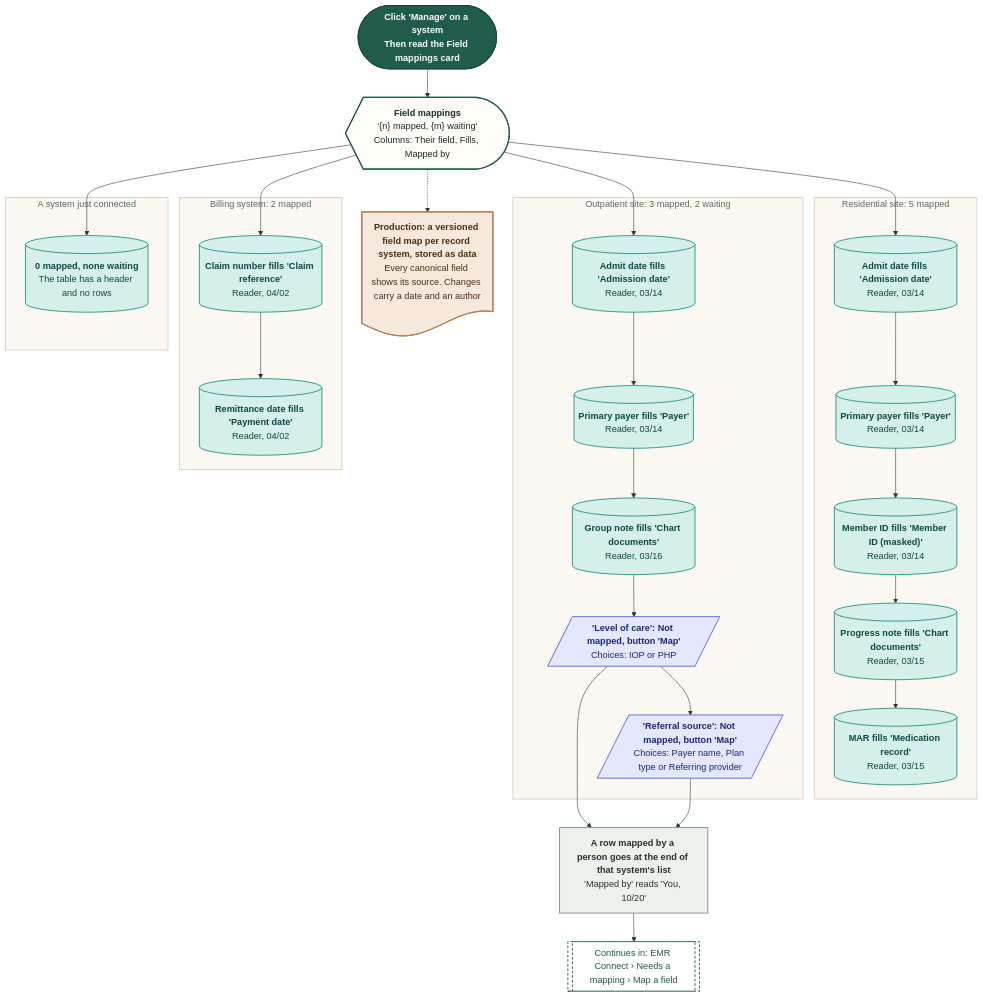
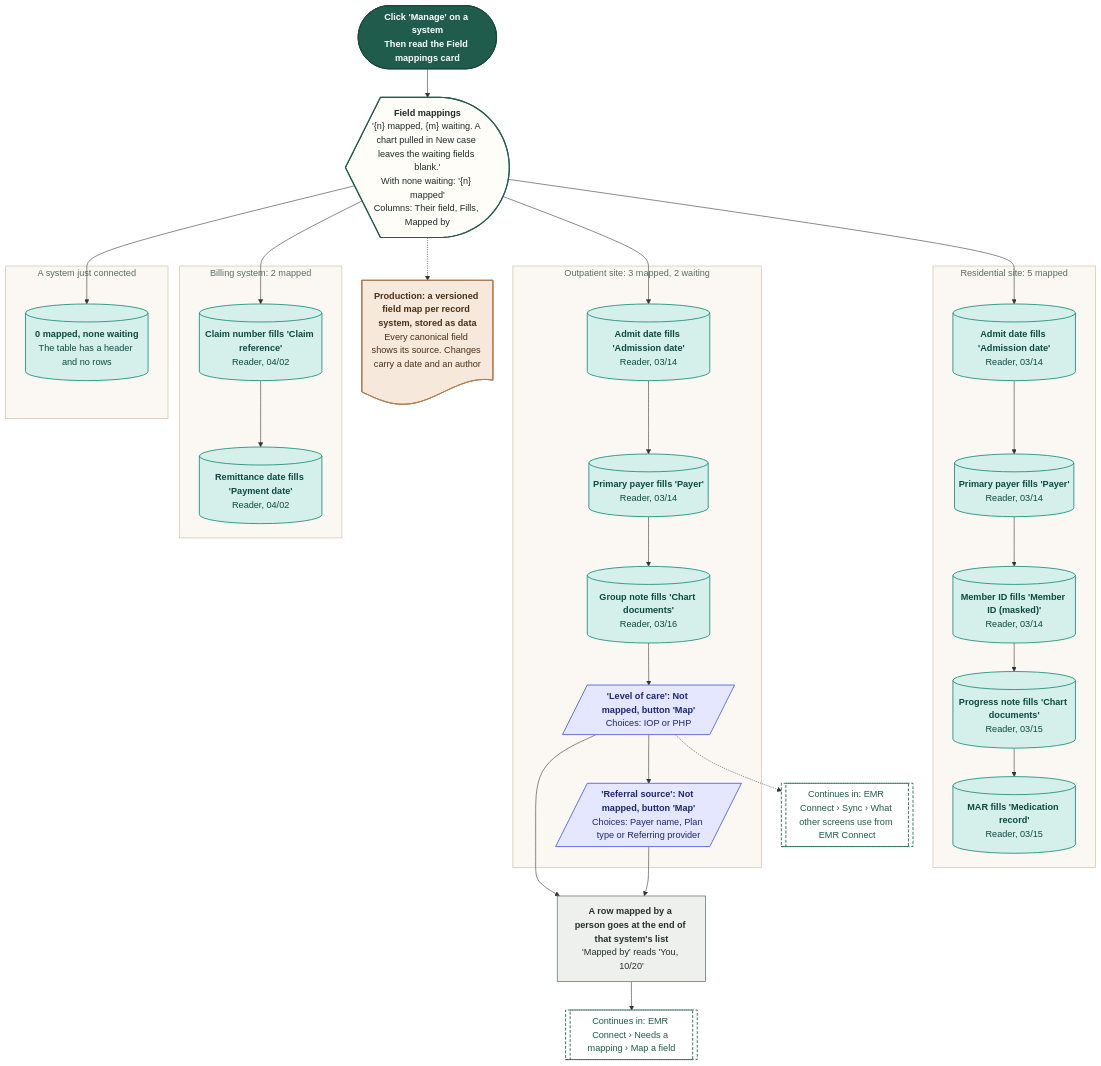
One commit to Shrav143/psyfloapp changed diagram 12 of 17 in demos/prior-auth-demo/workflows/out/md/09-emr-connect.md. Above: the diagram before and after it, drawn with Mermaid. The commit also changed other lines of this file and 195 other files, not shown here.

First line of the commit message:
docs: Rebuild workflow diagrams after the demo fixes (220 diagrams)

````diff
--- a/demos/prior-auth-demo/workflows/out/md/09-emr-connect.md
+++ b/demos/prior-auth-demo/workflows/out/md/09-emr-connect.md
@@ -812,66 +933,68 @@
 ```mermaid
 %%{init: {"theme":"base","themeVariables":{"fontFamily":"'DM Sans', 'Segoe UI', system-ui, sans-serif","fontSize":"15px","lineColor":"#5B6B63","primaryTextColor":"#1C2B25","clusterBkg":"#FBF8F3","clusterBorder":"#D9CDBB","edgeLabelBackground":"#FFFFFF"},"flowchart":{"curve":"basis","nodeSpacing":36,"rankSpacing":48,"padding":12,"htmlLabels":true,"useMaxWidth":false,"wrappingWidth":230}} }%%
 flowchart TD
   classDef k_start fill:#1F5C4B,stroke:#174638,color:#FFFFFF,stroke-width:1.5px,font-weight:600
   classDef k_end fill:#DDEFE3,stroke:#2E7D4F,color:#14502F,stroke-width:1.5px,font-weight:600
   classDef k_endx fill:#FBE3E0,stroke:#C0392B,color:#7A1F16,stroke-width:1.5px,font-weight:600
   classDef k_screen fill:#FFFDF8,stroke:#1F5C4B,color:#1C2B25,stroke-width:2px
   classDef k_overlay fill:#F1F7F3,stroke:#1F5C4B,color:#1C2B25,stroke-width:2px,stroke-dasharray:5 3
   classDef k_click fill:#DCEBFA,stroke:#2F6DB5,color:#12365F,stroke-width:1.5px
   classDef k_input fill:#E4E7FF,stroke:#4C5FD5,color:#1D2670,stroke-width:1.5px
   classDef k_process fill:#EEF0EE,stroke:#7A857F,color:#26302B,stroke-width:1.5px
   classDef k_agent fill:#EEE5FA,stroke:#7A4FC2,color:#341A63,stroke-width:1.5px
   classDef k_decision fill:#FFF0CC,stroke:#D9962B,color:#5C3B00,stroke-width:1.5px
   classDef k_store fill:#D5F0EA,stroke:#1C8E7B,color:#0B4A3F,stroke-width:1.5px
   classDef k_doc fill:#F6E9DC,stroke:#B07A4C,color:#4A2E14,stroke-width:1.5px
   classDef k_ext fill:#FFE6D2,stroke:#E07B39,color:#6B2F06,stroke-width:1.5px
   classDef k_wait fill:#E4E8EE,stroke:#6B7C93,color:#26303D,stroke-width:1.5px
   classDef k_toast fill:#FFF9DB,stroke:#C9A400,color:#5A4A00,stroke-width:1.5px
   classDef k_goto fill:#FFFFFF,stroke:#1F5C4B,color:#1F5C4B,stroke-width:1.5px,stroke-dasharray:5 3
   s1@{ shape: stadium, label: "<b>Click 'Manage' on a system</b><br/>Then read the Field mappings card" }
-  t0@{ shape: curv-trap, label: "<b>Field mappings</b><br/>'{n} mapped, {m} waiting'<br/>Columns: Their field, Fills, Mapped by" }
+  t0@{ shape: curv-trap, label: "<b>Field mappings</b><br/>'{n} mapped, {m} waiting. A chart pulled in New case leaves the waiting fields blank.'<br/>With none waiting: '{n} mapped'<br/>Columns: Their field, Fills, Mapped by" }
   subgraph gRes ["Residential site: 5 mapped"]
   r1@{ shape: cyl, label: "<b>Admit date fills 'Admission date'</b><br/>Reader, 03/14" }
   r2@{ shape: cyl, label: "<b>Primary payer fills 'Payer'</b><br/>Reader, 03/14" }
   r3@{ shape: cyl, label: "<b>Member ID fills 'Member ID (masked)'</b><br/>Reader, 03/14" }
   r4@{ shape: cyl, label: "<b>Progress note fills 'Chart documents'</b><br/>Reader, 03/15" }
   r5@{ shape: cyl, label: "<b>MAR fills 'Medication record'</b><br/>Reader, 03/15" }
   end
   subgraph gOut ["Outpatient site: 3 mapped, 2 waiting"]
   o1@{ shape: cyl, label: "<b>Admit date fills 'Admission date'</b><br/>Reader, 03/14" }
   o2@{ shape: cyl, label: "<b>Primary payer fills 'Payer'</b><br/>Reader, 03/14" }
   o3@{ shape: cyl, label: "<b>Group note fills 'Chart documents'</b><br/>Reader, 03/16" }
   w1@{ shape: lean-r, label: "<b>'Level of care': Not mapped, button 'Map'</b><br/>Choices: IOP or PHP" }
   w2@{ shape: lean-r, label: "<b>'Referral source': Not mapped, button 'Map'</b><br/>Choices: Payer name, Plan type or Referring provider" }
   end
   subgraph gBill ["Billing system: 2 mapped"]
   b1@{ shape: cyl, label: "<b>Claim number fills 'Claim reference'</b><br/>Reader, 04/02" }
   b2@{ shape: cyl, label: "<b>Remittance date fills 'Payment date'</b><br/>Reader, 04/02" }
   end
   subgraph gNew ["A system just connected"]
   n1@{ shape: cyl, label: "<b>0 mapped, none waiting</b><br/>The table has a header and no rows" }
   end
   c1@{ shape: rect, label: "<b>A row mapped by a person goes at the end of that system's list</b><br/>'Mapped by' reads 'You, 10/20'" }
   d1@{ shape: doc, label: "<b>Production: a versioned field map per record system, stored as data</b><br/>Every canonical field shows its source. Changes carry a date and an author" }
   g1@{ shape: subproc, label: "Continues in: EMR Connect › Needs a mapping › Map a field" }
+  g2@{ shape: subproc, label: "Continues in: EMR Connect › Sync › What other screens use from EMR Connect" }
   s1 --> t0
   t0 --> r1 & o1 & b1 & n1
   r1 --> r2 --> r3 --> r4 --> r5
   o1 --> o2 --> o3 --> w1 --> w2
   b1 --> b2
   w1 --> c1
   w2 --> c1
   c1 --> g1
+  w1 -.-> g2
   t0 -.-> d1
   class s1 k_start
   class t0 k_screen
   class r1,r2,r3,r4,r5,o1,o2,o3,b1,b2,n1 k_store
   class w1,w2 k_input
   class c1 k_process
   class d1 k_doc
-  class g1 k_goto
+  class g1,g2 k_goto
   style gRes fill:#FBF8F3,stroke:#D9CDBB,stroke-width:1.5px,color:#5B6B63
   style gOut fill:#FBF8F3,stroke:#D9CDBB,stroke-width:1.5px,color:#5B6B63
   style gBill fill:#FBF8F3,stroke:#D9CDBB,stroke-width:1.5px,color:#5B6B63
   style gNew fill:#FBF8F3,stroke:#D9CDBB,stroke-width:1.5px,color:#5B6B63
 ```
````
